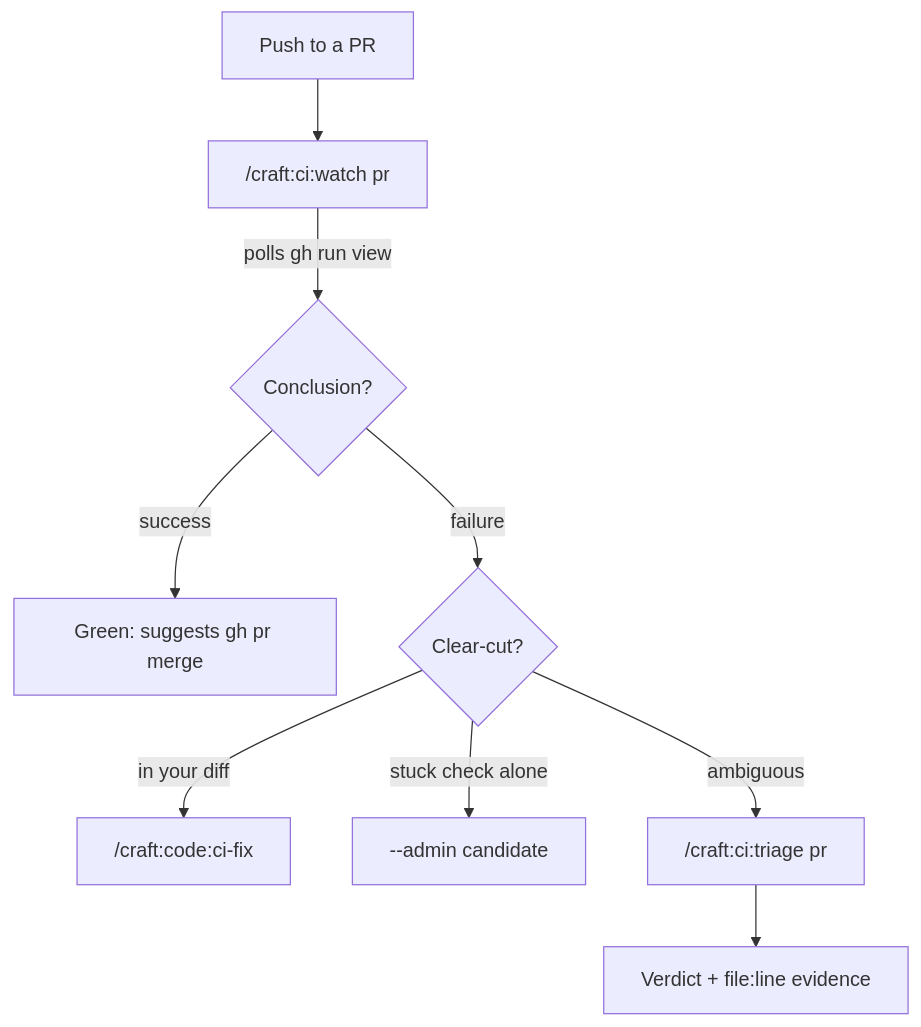
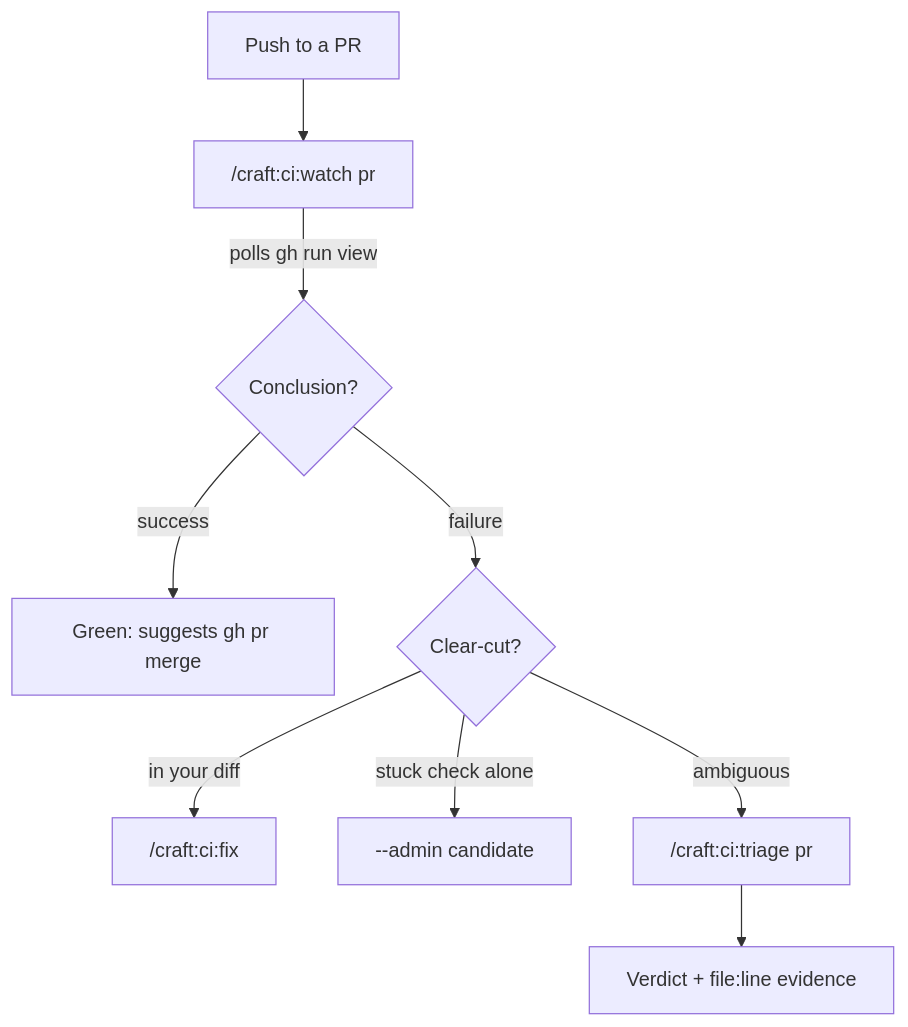
One commit to Data-Wise/craft changed the diagram in docs/guide/ci-triage-and-watch.md. Above: the diagram before and after it, drawn with Mermaid. The commit also changed other lines of this file and 48 other files, not shown here.

````diff
--- a/docs/guide/ci-triage-and-watch.md
+++ b/docs/guide/ci-triage-and-watch.md
@@ -16,11 +16,11 @@
 ```mermaid
 flowchart TD
     A["Push to a PR"] --> B["/craft:ci:watch pr"]
     B -->|polls gh run view| C{Conclusion?}
     C -->|success| D["Green: suggests gh pr merge"]
     C -->|failure| E{"Clear-cut?"}
-    E -->|in your diff| F["/craft:code:ci-fix"]
+    E -->|in your diff| F["/craft:ci:fix"]
     E -->|stuck check alone| G["--admin candidate"]
     E -->|ambiguous| H["/craft:ci:triage pr"]
     H --> I["Verdict + file:line evidence"]
 ```
````
